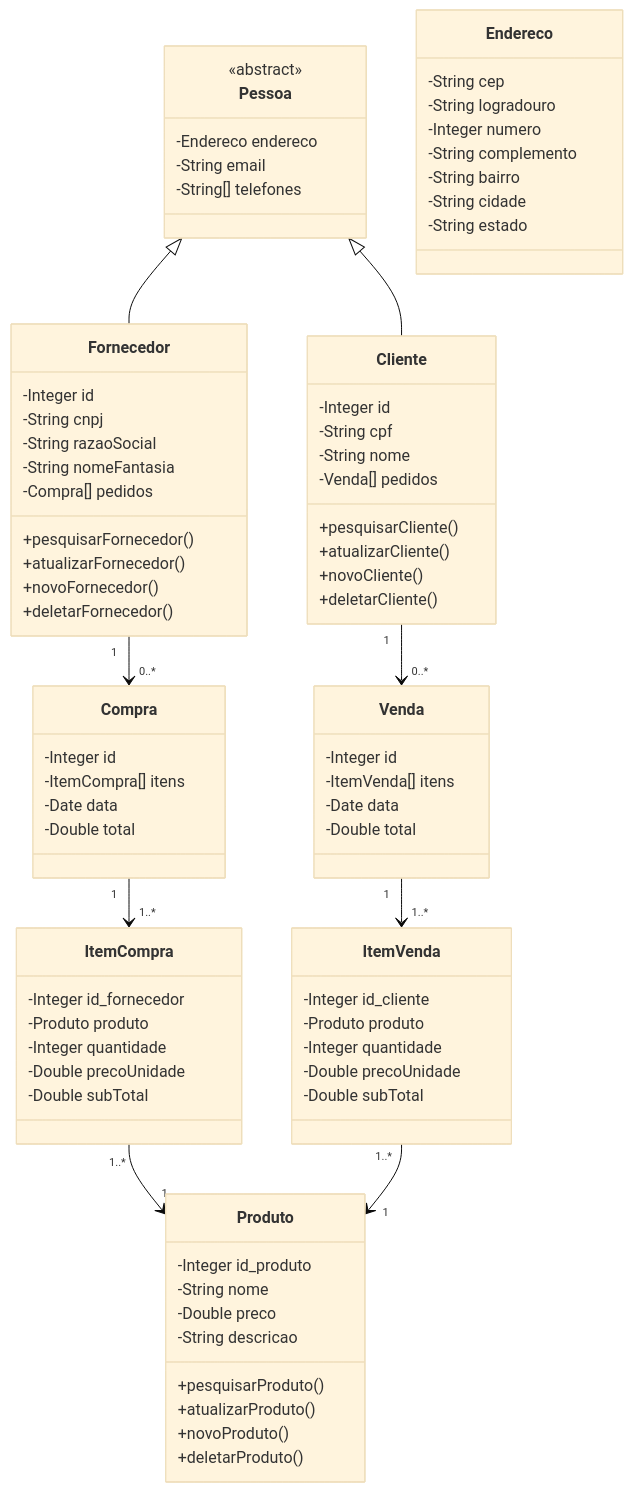
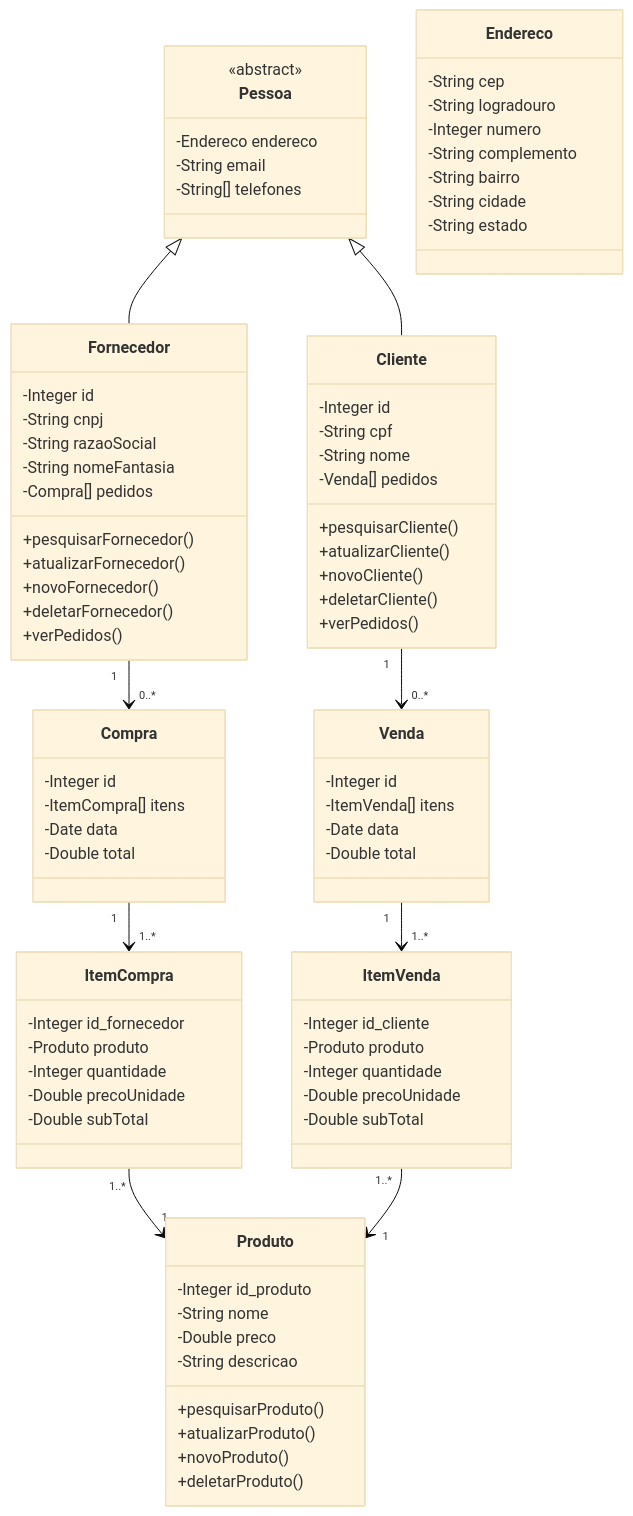
The diagram in planning/classDiagram.mmd (digaoes94/trabalhoSQL), drawn with Mermaid (base theme) before and after one commit. The commit also changed 4 other files, not shown here.

Commit message:
Deleted extra image, added verPedidos() to Fornecedor and Cliente.

```diff
--- a/planning/classDiagram.mmd
+++ b/planning/classDiagram.mmd
@@ -1,98 +1,100 @@
 classDiagram
     class Pessoa {
         <<abstract>>
         -Endereco endereco
         -String email
         -String[] telefones
     }
 
     class Fornecedor {
         -Integer id
         -String cnpj
         -String razaoSocial
         -String nomeFantasia
         -Compra[] pedidos
 
         +pesquisarFornecedor()
         +atualizarFornecedor()
         +novoFornecedor()
         +deletarFornecedor()
+        +verPedidos()
     }
 
     class ItemCompra {
         -Integer id_fornecedor
         -Produto produto
         -Integer quantidade
         -Double precoUnidade
         -Double subTotal
     }
 
     class Compra {
         -Integer id
         -ItemCompra[] itens
         -Date data
         -Double total
     }
 
     class Cliente {
         -Integer id
         -String cpf
         -String nome
         -Venda[] pedidos
         
         +pesquisarCliente()
         +atualizarCliente()
         +novoCliente()
         +deletarCliente()
+        +verPedidos()
     }
 
     class ItemVenda {
         -Integer id_cliente
         -Produto produto
         -Integer quantidade
         -Double precoUnidade
         -Double subTotal
     }
 
     class Venda {
         -Integer id
         -ItemVenda[] itens
         -Date data
         -Double total
     }
 
     class Produto {
         -Integer id_produto
         -String nome
         -Double preco
         -String descricao
 
         +pesquisarProduto()
         +atualizarProduto()
         +novoProduto()
         +deletarProduto()
     }
 
     %%-- seria interessante criar uma função autoCEP(String cep), mas teríamos de baixar as tabelas de CEP do IBGE --%%
     %%-- no caso essa função buscaria do CEP da pessoa e completaria automaticamente o Estado, Cidade, Bairro e Logradouro de Endereco  --%%
     class Endereco {
         -String cep
         -String logradouro
         -Integer numero
         -String complemento
         -String bairro
         -String cidade
         -String estado
     }
 
     Pessoa <|-- Fornecedor
     Pessoa <|-- Cliente
 
     Fornecedor "1" --> "0..*" Compra
     Compra "1" --> "1..*" ItemCompra
 
     Cliente "1" --> "0..*" Venda
     Venda "1" --> "1..*" ItemVenda
 
     ItemCompra "1..*" --> "1" Produto
     ItemVenda "1..*" --> "1" Produto
```
